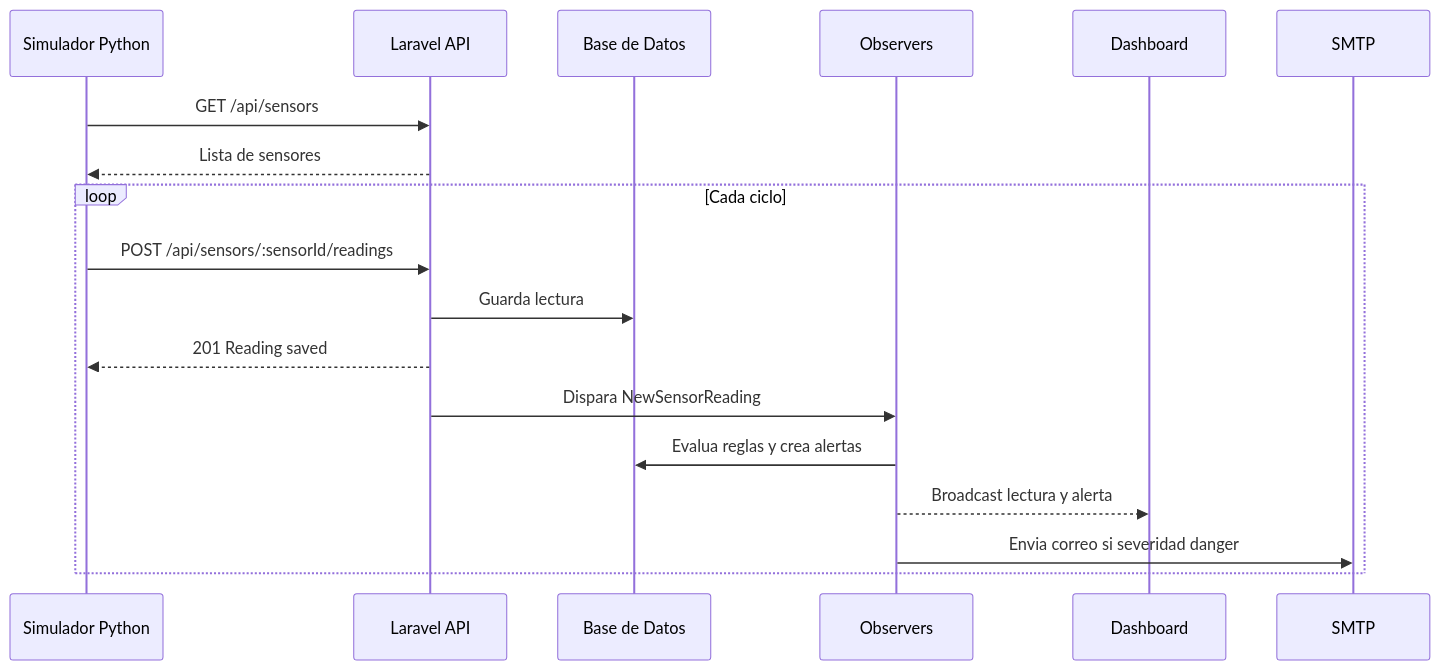
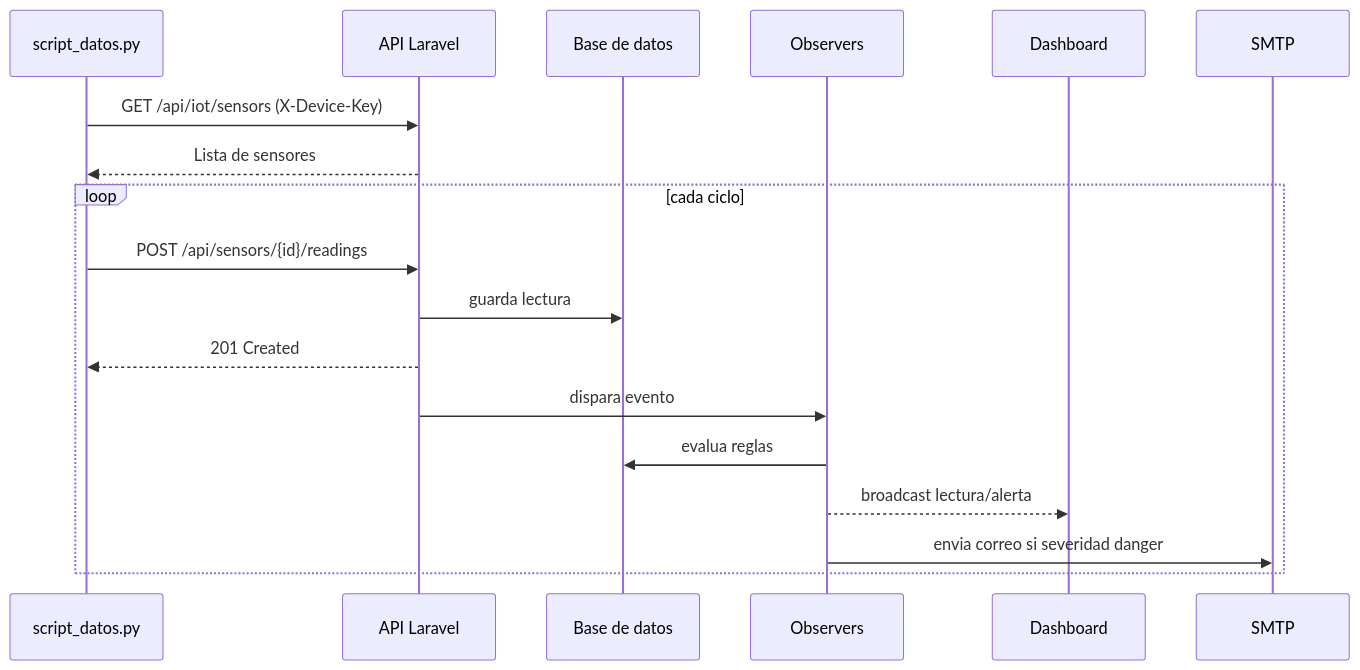
Before and after one commit to yojr23/iot-platform-v2: the second of 4 diagrams in README.md, drawn with Mermaid. The commit also changed other lines of this file and 42 other files, not shown here.

````diff
--- a/README.md
+++ b/README.md
@@ -70,22 +89,22 @@
 ```mermaid
 sequenceDiagram
-    participant Sim as Simulador Python
-    participant Api as Laravel API
-    participant Db as Base de Datos
+    participant Sim as script_datos.py
+    participant Api as API Laravel
+    participant Db as Base de datos
     participant Obs as Observers
-    participant Dash as Dashboard
+    participant Ui as Dashboard
     participant Mail as SMTP
 
-    Sim->>Api: GET /api/sensors
+    Sim->>Api: GET /api/iot/sensors (X-Device-Key)
     Api-->>Sim: Lista de sensores
 
-    loop Cada ciclo
-        Sim->>Api: POST /api/sensors/:sensorId/readings
-        Api->>Db: Guarda lectura
-        Api-->>Sim: 201 Reading saved
-        Api->>Obs: Dispara NewSensorReading
-        Obs->>Db: Evalua reglas y crea alertas
-        Obs-->>Dash: Broadcast lectura y alerta
-        Obs->>Mail: Envia correo si severidad danger
+    loop cada ciclo
+        Sim->>Api: POST /api/sensors/{id}/readings
+        Api->>Db: guarda lectura
+        Api-->>Sim: 201 Created
+        Api->>Obs: dispara evento
+        Obs->>Db: evalua reglas
+        Obs-->>Ui: broadcast lectura/alerta
+        Obs->>Mail: envia correo si severidad danger
     end
 ```
````
